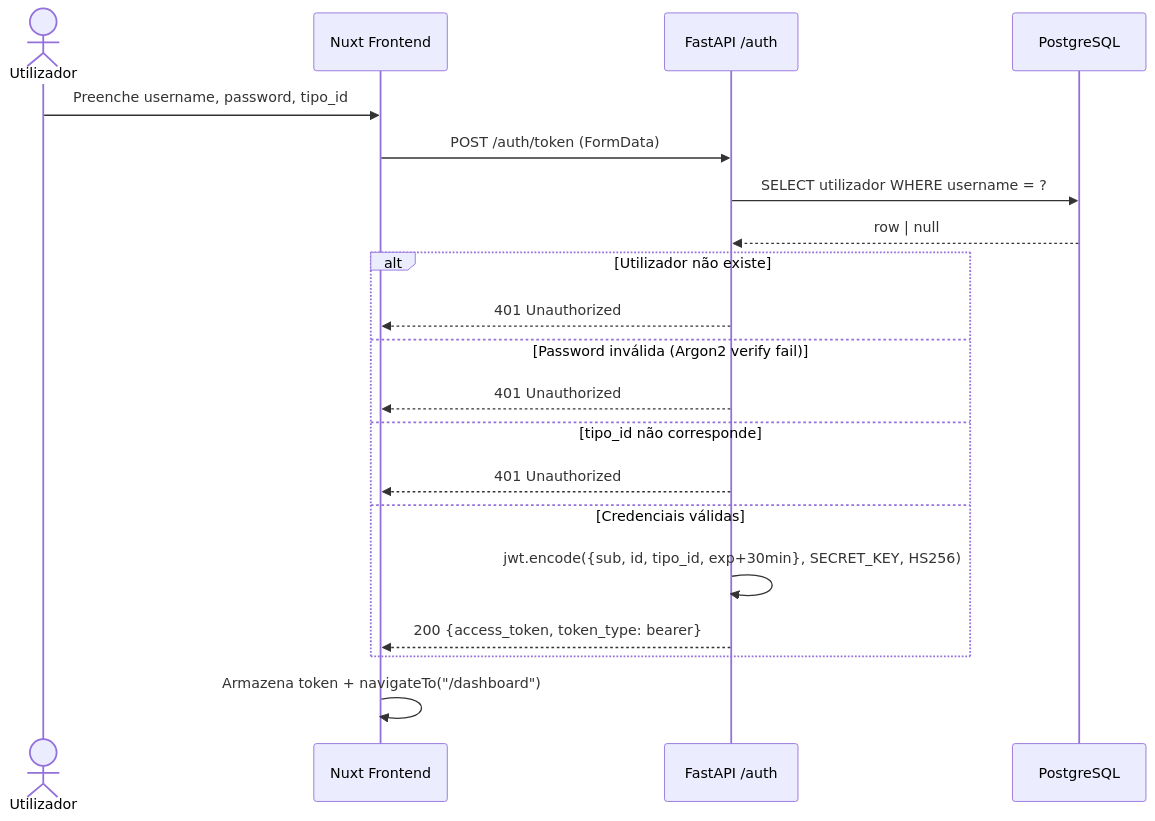
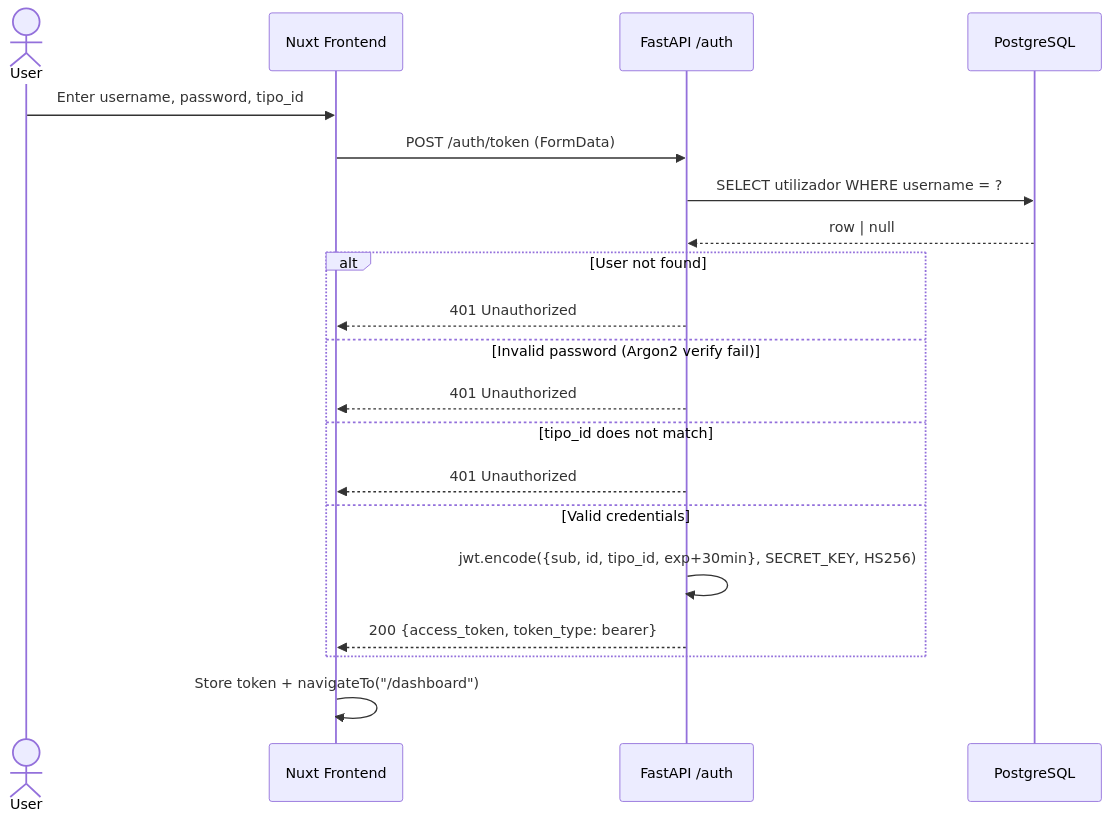
Before and after one commit to Wand-DenaXy/-Manueli-s-Clubes: the fifth of 11 diagrams in README.md, drawn with Mermaid. The commit also changed other lines of this file and 1 other file, not shown here.

````diff
--- a/README.md
+++ b/README.md
@@ -493,25 +493,25 @@
 ```mermaid
 sequenceDiagram
-    actor U as Utilizador
+    actor U as User
     participant F as Nuxt Frontend
     participant A as FastAPI /auth
     participant DB as PostgreSQL
 
-    U->>F: Preenche username, password, tipo_id
+    U->>F: Enter username, password, tipo_id
     F->>A: POST /auth/token (FormData)
     A->>DB: SELECT utilizador WHERE username = ?
     DB-->>A: row | null
 
-    alt Utilizador não existe
+    alt User not found
         A-->>F: 401 Unauthorized
-    else Password inválida (Argon2 verify fail)
+    else Invalid password (Argon2 verify fail)
         A-->>F: 401 Unauthorized
-    else tipo_id não corresponde
+    else tipo_id does not match
         A-->>F: 401 Unauthorized
-    else Credenciais válidas
+    else Valid credentials
         A->>A: jwt.encode({sub, id, tipo_id, exp+30min}, SECRET_KEY, HS256)
         A-->>F: 200 {access_token, token_type: bearer}
     end
 
-    F->>F: Armazena token + navigateTo("/dashboard")
+    F->>F: Store token + navigateTo("/dashboard")
 ```
````
